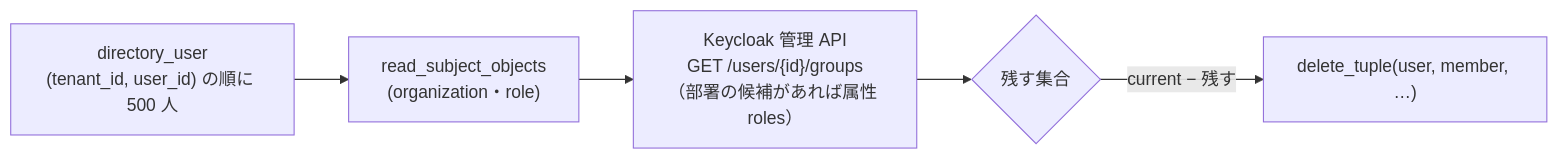
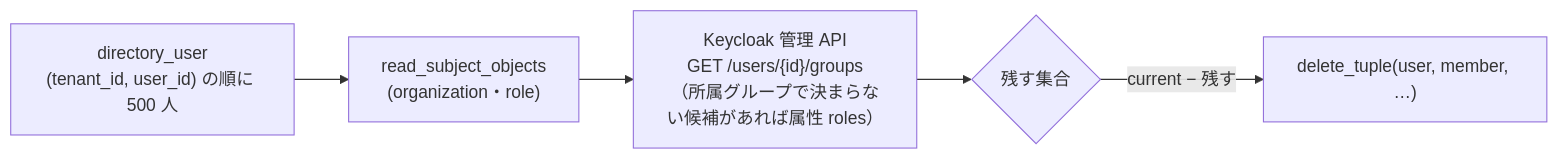
Diagram 16 of 17 in docs/auth/rebac-authorization-guide.md (imanect-labs/shiki-platform), drawn with Mermaid before and after one commit. The commit also changed other lines of this file and 1 other file, not shown here.

First line of the commit message:
docs(auth): 定期の照合が属性 roles から外したロールも外すことを書く（BUG-208・D-140・提案）

````diff
--- a/docs/auth/rebac-authorization-guide.md
+++ b/docs/auth/rebac-authorization-guide.md
@@ -868,7 +868,7 @@
 ```mermaid
 flowchart LR
   dir["directory_user<br/>(tenant_id, user_id) の順に 500 人"] --> fga["read_subject_objects<br/>(organization・role)"]
-  fga --> kc["Keycloak 管理 API<br/>GET /users/{id}/groups<br/>（部署の候補があれば属性 roles）"]
+  fga --> kc["Keycloak 管理 API<br/>GET /users/{id}/groups<br/>（所属グループで決まらない候補があれば属性 roles）"]
   kc --> keep{"残す集合"}
   keep -->|"current − 残す"| revoke["delete_tuple(user, member, …)"]
 ```
````
